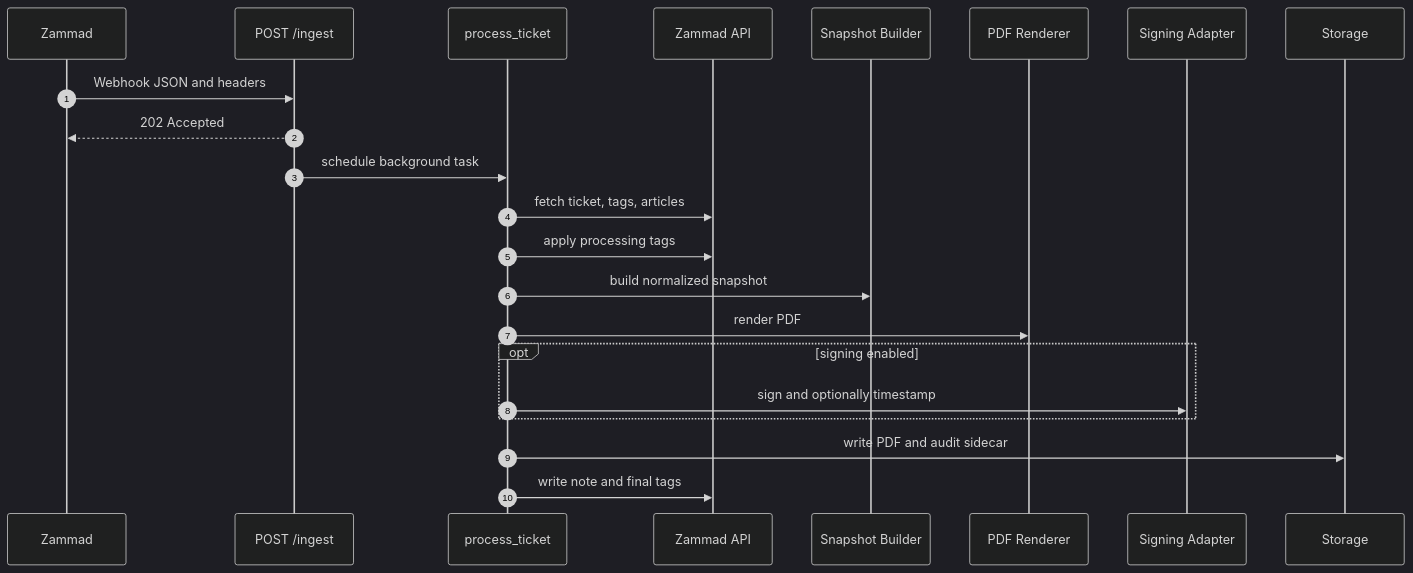
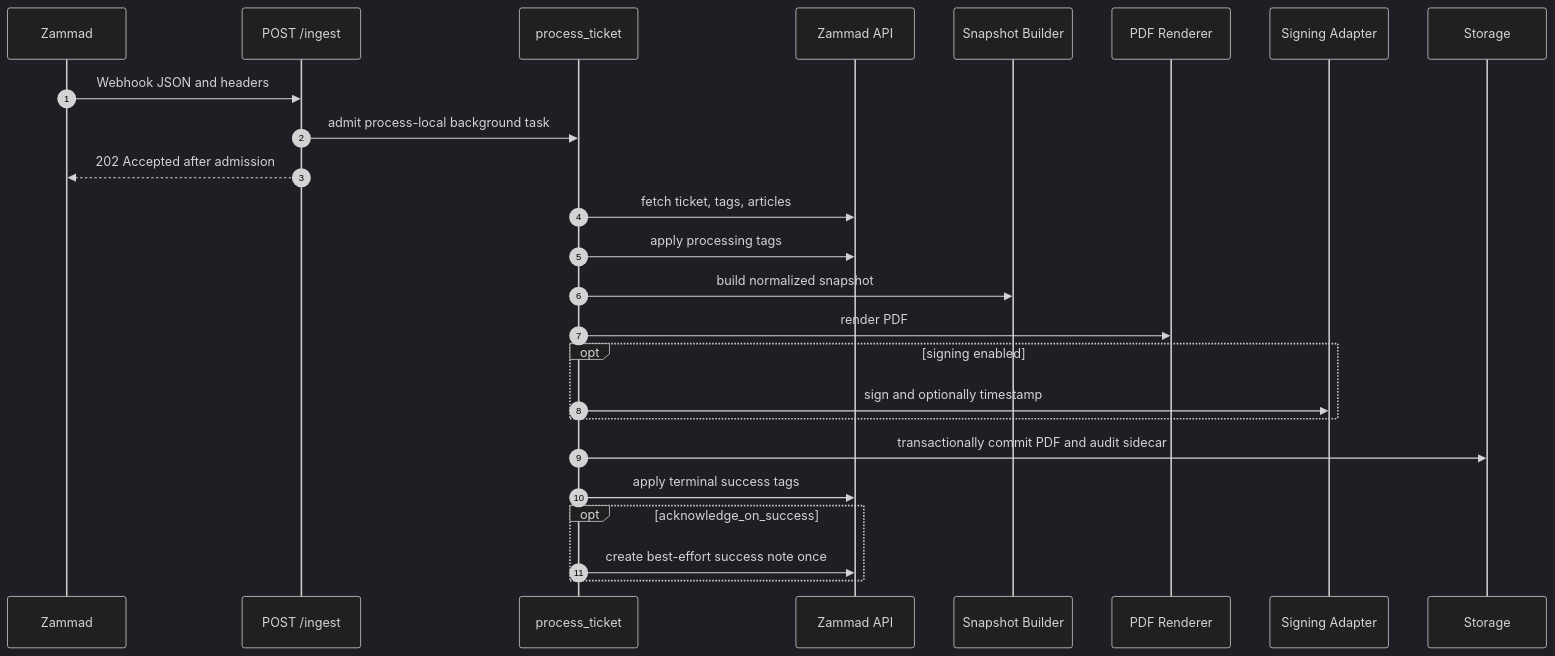
One commit to sebastianspicker/chronikwerk changed the first of 2 diagrams in docs/01-architecture.md. Above: the diagram before and after it, drawn with Mermaid (dark theme). The commit also changed other lines of this file and 141 other files, not shown here.

````diff
--- a/docs/01-architecture.md
+++ b/docs/01-architecture.md
@@ -8,25 +8,28 @@
 ```mermaid
 sequenceDiagram
   autonumber
   participant Z as Zammad
   participant I as POST /ingest
   participant J as process_ticket
   participant ZA as Zammad API
   participant SN as Snapshot Builder
   participant PDF as PDF Renderer
   participant SIG as Signing Adapter
   participant ST as Storage
 
   Z->>I: Webhook JSON and headers
-  I-->>Z: 202 Accepted
-  I->>J: schedule background task
+  I->>J: admit process-local background task
+  I-->>Z: 202 Accepted after admission
   J->>ZA: fetch ticket, tags, articles
   J->>ZA: apply processing tags
   J->>SN: build normalized snapshot
   J->>PDF: render PDF
   opt signing enabled
     J->>SIG: sign and optionally timestamp
   end
-  J->>ST: write PDF and audit sidecar
-  J->>ZA: write note and final tags
+  J->>ST: transactionally commit PDF and audit sidecar
+  J->>ZA: apply terminal success tags
+  opt acknowledge_on_success
+    J->>ZA: create best-effort success note once
+  end
 ```
````
